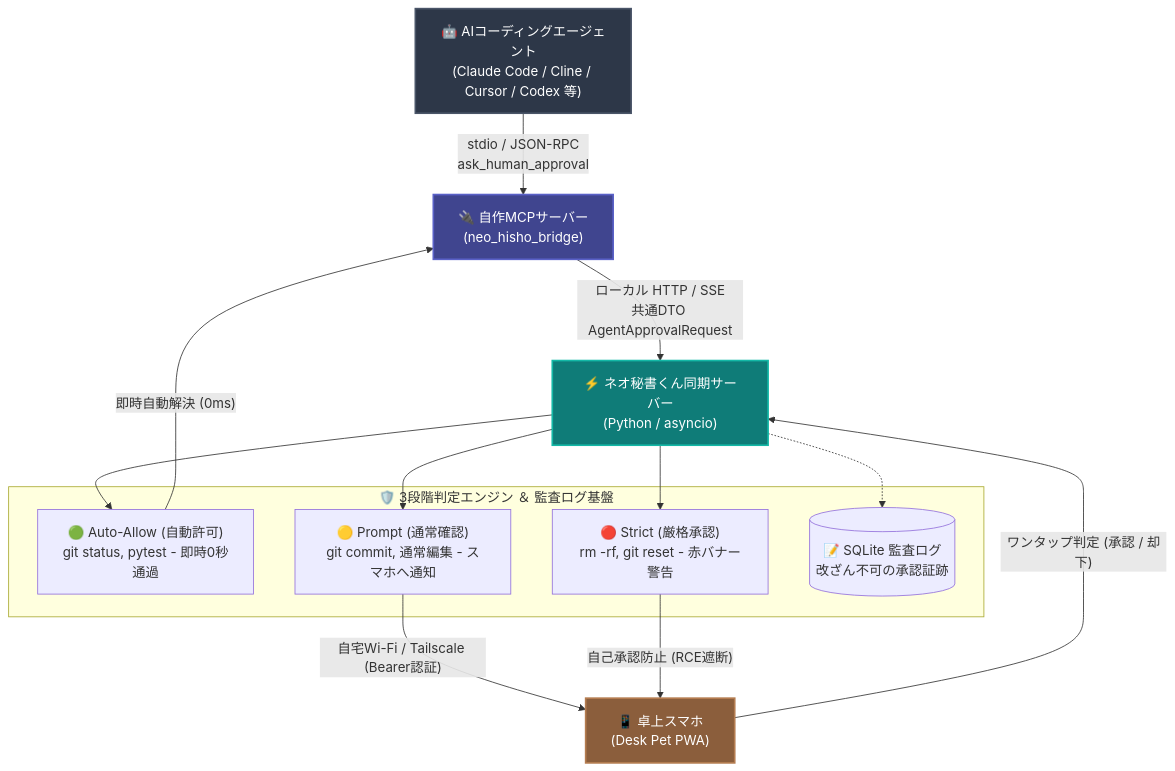
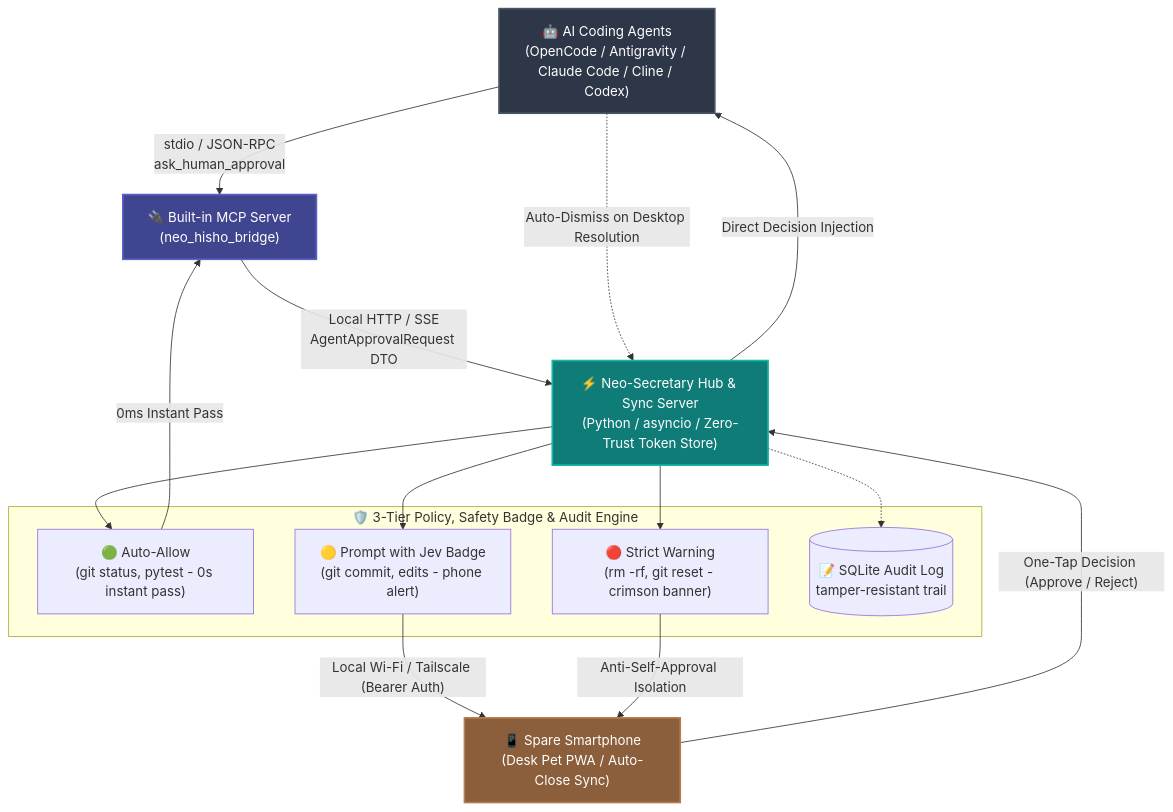
One commit to Siitake-man/hisho-kun changed the diagram in README.md. Above: the diagram before and after it, drawn with Mermaid. The commit also changed other lines of this file and 3 other files, not shown here.

````diff
--- a/README.md
+++ b/README.md
@@ -63,33 +82,35 @@
 ```mermaid
 graph TD
     classDef agent fill:#2d3748,stroke:#4a5568,stroke-width:2px,color:#fff;
     classDef bridge fill:#40458f,stroke:#5a61c7,stroke-width:2px,color:#fff;
     classDef server fill:#0f7c78,stroke:#14b8a6,stroke-width:2px,color:#fff;
     classDef phone fill:#8b5e3c,stroke:#b47c50,stroke-width:2px,color:#fff;
 
-    Agents["🤖 AIコーディングエージェント<br/>(Claude Code / Cline / Cursor / Codex 等)"]:::agent
-    MCP["🔌 自作MCPサーバー<br/>(neo_hisho_bridge)"]:::bridge
-    Server["⚡ ネオ秘書くん同期サーバー<br/>(Python / asyncio)"]:::server
-    PWA["📱 卓上スマホ<br/>(Desk Pet PWA)"]:::phone
+    Agents["🤖 AI Coding Agents<br/>(OpenCode / Antigravity / Claude Code / Cline / Codex)"]:::agent
+    MCP["🔌 Built-in MCP Server<br/>(neo_hisho_bridge)"]:::bridge
+    Server["⚡ Neo-Secretary Hub & Sync Server<br/>(Python / asyncio / Zero-Trust Token Store)"]:::server
+    PWA["📱 Spare Smartphone<br/>(Desk Pet PWA / Auto-Close Sync)"]:::phone
 
     Agents -->|"stdio / JSON-RPC<br/>ask_human_approval"| MCP
-    MCP -->|"ローカル HTTP / SSE<br/>共通DTO AgentApprovalRequest"| Server
+    MCP -->|"Local HTTP / SSE<br/>AgentApprovalRequest DTO"| Server
 
-    subgraph DefenseEngine ["🛡️ 3段階判定エンジン ＆ 監査ログ基盤"]
-        Auto["🟢 Auto-Allow (自動許可)<br/>git status, pytest - 即時0秒通過"]
-        Prompt["🟡 Prompt (通常確認)<br/>git commit, 通常編集 - スマホへ通知"]
-        Strict["🔴 Strict (厳格承認)<br/>rm -rf, git reset - 赤バナー警告"]
-        Audit[("📝 SQLite 監査ログ<br/>改ざん不可の承認証跡")]
+    subgraph DefenseEngine ["🛡️ 3-Tier Policy, Safety Badge & Audit Engine"]
+        Auto["🟢 Auto-Allow<br/>(git status, pytest - 0s instant pass)"]
+        Prompt["🟡 Prompt with Jev Badge<br/>(git commit, edits - phone alert)"]
+        Strict["🔴 Strict Warning<br/>(rm -rf, git reset - crimson banner)"]
+        Audit[("📝 SQLite Audit Log<br/>tamper-resistant trail")]
     end
 
     Server --> Auto
     Server --> Prompt
     Server --> Strict
     Server -.-> Audit
 
-    Auto -->|"即時自動解決 (0ms)"| MCP
-    Prompt -->|"自宅Wi-Fi / Tailscale (Bearer認証)"| PWA
-    Strict -->|"自己承認防止 (RCE遮断)"| PWA
+    Auto -->|"0ms Instant Pass"| MCP
+    Prompt -->|"Local Wi-Fi / Tailscale (Bearer Auth)"| PWA
+    Strict -->|"Anti-Self-Approval Isolation"| PWA
 
-    PWA -->|"ワンタップ判定 (承認 / 却下)"| Server
+    PWA -->|"One-Tap Decision (Approve / Reject)"| Server
+    Server -->|"Direct Decision Injection"| Agents
+    Agents -.->|"Auto-Dismiss on Desktop Resolution"| Server
 ```
````
